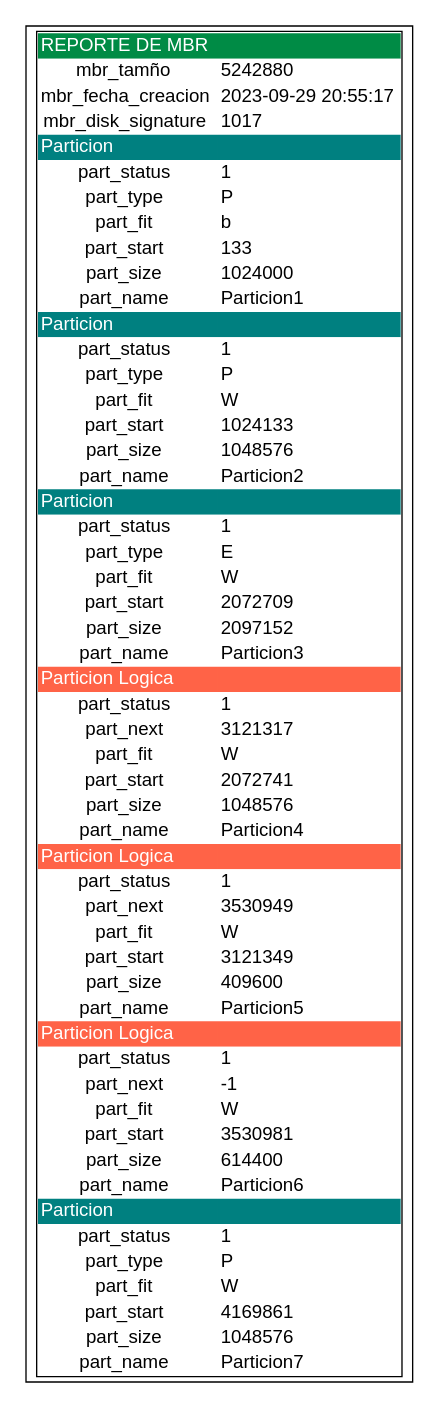
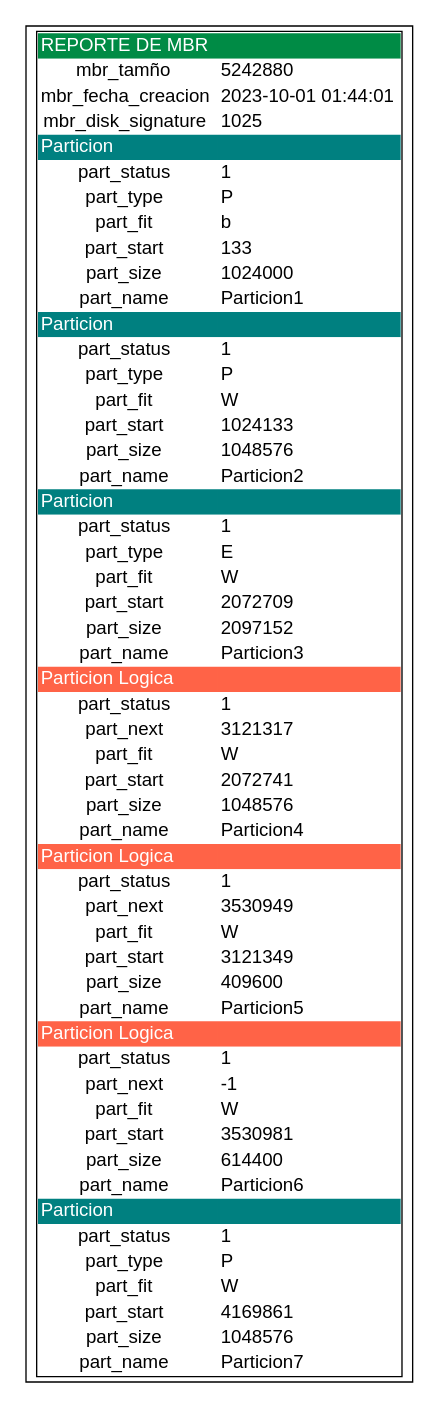
The diagram in backend/reportes/reporte_mbr.dot (luis-tavico/MIA_2SP2_202000562), drawn with Graphviz before and after one commit. The commit also changed 43 other files, not shown here.

```diff
--- a/backend/reportes/reporte_mbr.dot
+++ b/backend/reportes/reporte_mbr.dot
@@ -12,11 +12,11 @@
         </tr>
         <tr>
             <td bgcolor="white" align="center"> mbr_fecha_creacion </td>
-            <td bgcolor="white" align="left"> 2023-09-29 20:55:17 </td>
+            <td bgcolor="white" align="left"> 2023-10-01 01:44:01 </td>
         </tr>
         <tr>
             <td bgcolor="white" align="center"> mbr_disk_signature </td>
-            <td bgcolor="white" align="left"> 1017 </td>
+            <td bgcolor="white" align="left"> 1025 </td>
         </tr>
         <tr>
             <td bgcolor="teal" align="left"><font color="white"> Particion </font></td>
```
